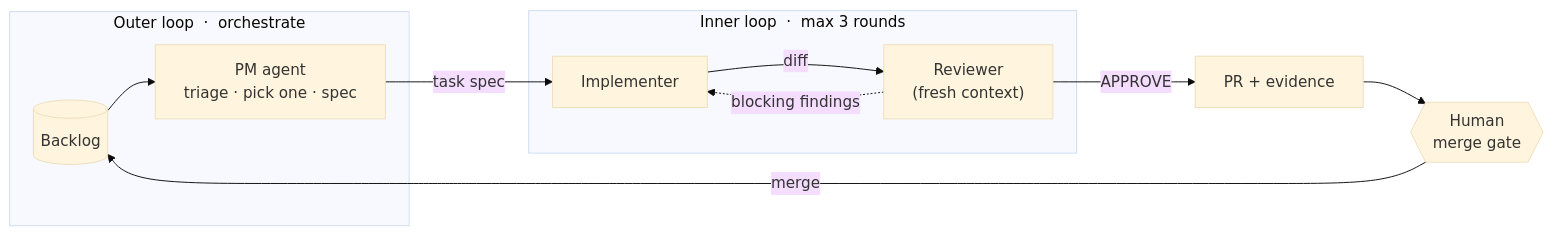
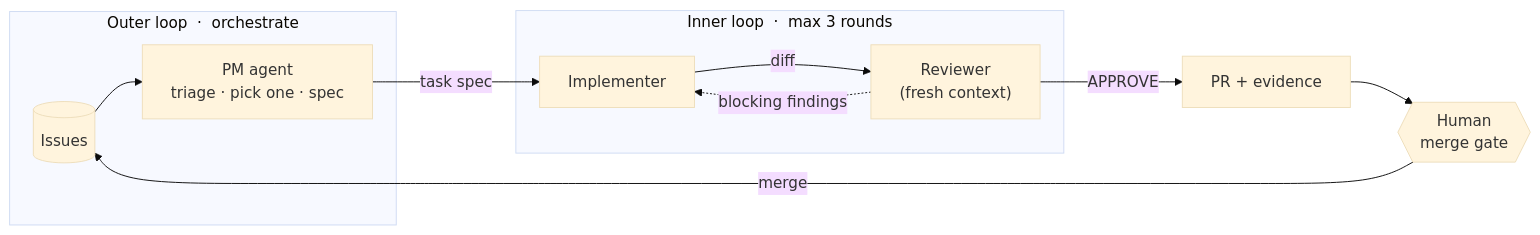
One commit to chrille0313/agentic-monorepo-template changed the diagram in README.md. Above: the diagram before and after it, drawn with Mermaid (base theme). The commit also changed other lines of this file and 5 other files, not shown here.

First line of the commit message:
docs: make GitHub Issues the only backlog

````diff
--- a/README.md
+++ b/README.md
@@ -25,15 +25,15 @@
 ```mermaid
 flowchart LR
     subgraph outer ["Outer loop &nbsp;·&nbsp; orchestrate"]
-        backlog[("Backlog")] --> pm["PM agent<br>triage · pick one · spec"]
+        issues[("Issues")] --> pm["PM agent<br>triage · pick one · spec"]
     end
 
     subgraph inner ["Inner loop &nbsp;·&nbsp; max 3 rounds"]
         impl["Implementer"] -- "diff" --> rev["Reviewer<br>(fresh context)"]
         rev -. "blocking findings" .-> impl
     end
 
     pm -- "task spec" --> impl
     rev -- "APPROVE" --> pr["PR + evidence"] --> gate{{"Human<br>merge gate"}}
-    gate -- "merge" --> backlog
+    gate -- "merge" --> issues
 ```
````
